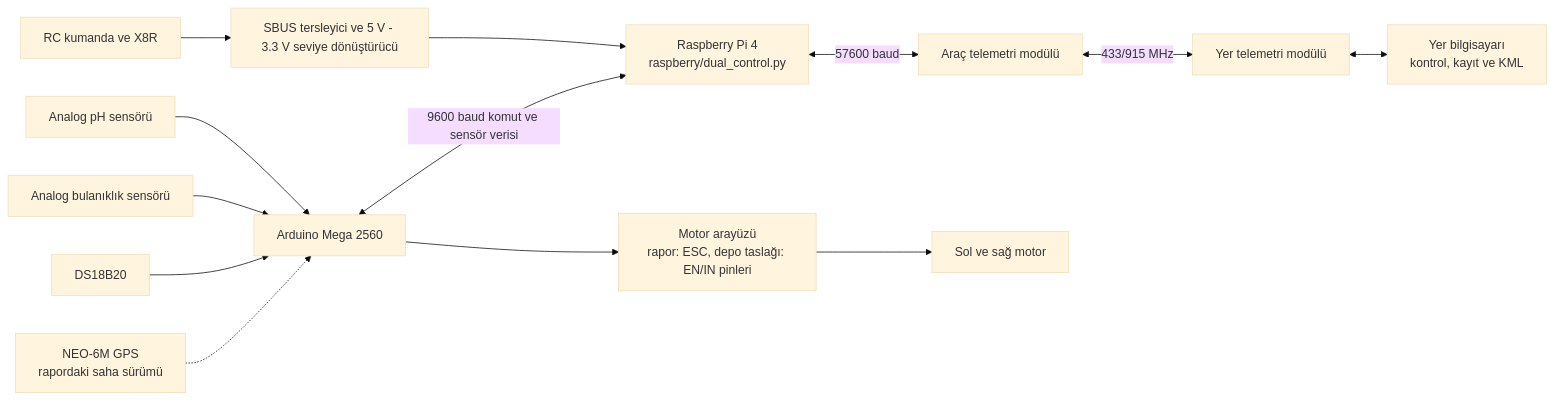
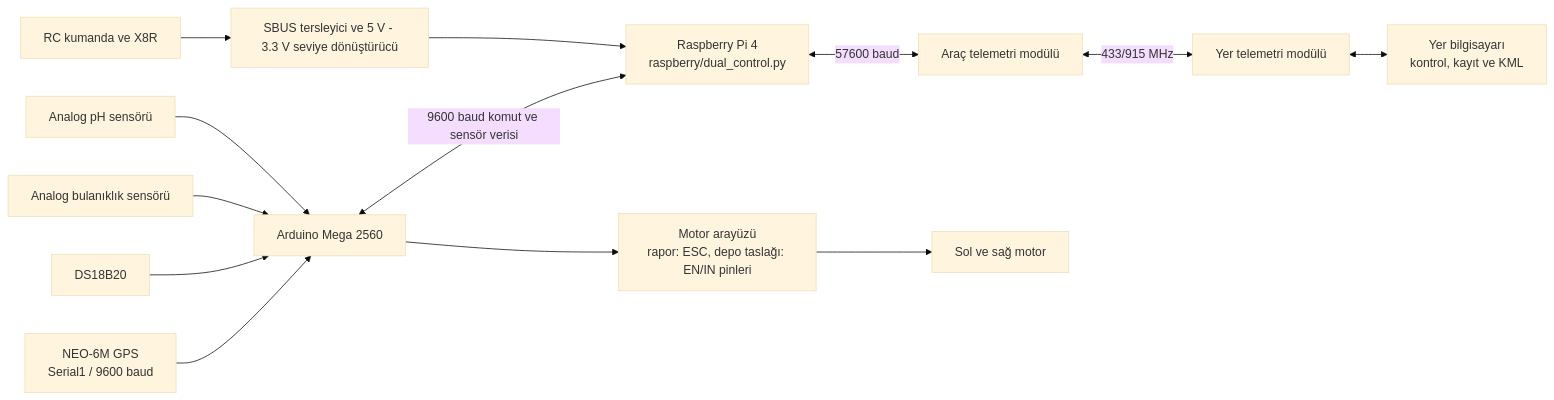
Before and after one commit to emircanylmz/water-quality-usv: the diagram in README.md, drawn with Mermaid (base theme). The commit also changed other lines of this file and 13 other files, not shown here.

Commit message:
Add NEO-6M GPS telemetry to Arduino firmware

````diff
--- a/README.md
+++ b/README.md
@@ -11,15 +11,15 @@
 ```mermaid
 flowchart LR
     RC["RC kumanda ve X8R"] --> INV["SBUS tersleyici ve 5 V - 3.3 V seviye dönüştürücü"]
     INV --> RPI["Raspberry Pi 4<br/>raspberry/dual_control.py"]
     PH["Analog pH sensörü"] --> MCU["Arduino Mega 2560"]
     TURB["Analog bulanıklık sensörü"] --> MCU
     TEMP["DS18B20"] --> MCU
-    GPS["NEO-6M GPS<br/>rapordaki saha sürümü"] -.-> MCU
+    GPS["NEO-6M GPS<br/>Serial1 / 9600 baud"] --> MCU
     MCU <-->|"9600 baud komut ve sensör verisi"| RPI
     MCU --> DRIVE["Motor arayüzü<br/>rapor: ESC, depo taslağı: EN/IN pinleri"]
     DRIVE --> MOTORS["Sol ve sağ motor"]
     RPI <-->|"57600 baud"| AIR["Araç telemetri modülü"]
     AIR <-->|"433/915 MHz"| GROUND["Yer telemetri modülü"]
     GROUND <--> PC["Yer bilgisayarı<br/>kontrol, kayıt ve KML"]
 ```
````
